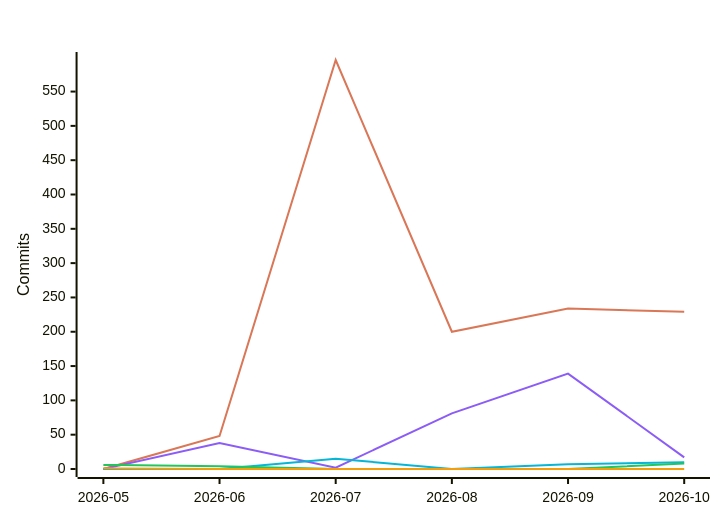
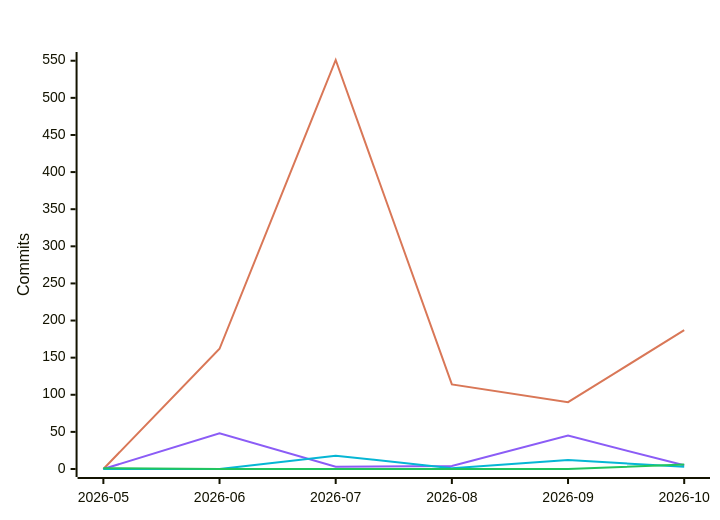
One commit to polo-nyan/polo-nyan changed the fifth of 7 diagrams in README.md. Above: the diagram before and after it, drawn with Mermaid. The commit also changed other lines of this file and 1 other file, not shown here.

````diff
--- a/README.md
+++ b/README.md
@@ -313,12 +312,11 @@
 ```mermaid
 %%{init: {"xyChart": {"titleColor": "#ffffff", "xAxisLabelColor": "#ffffff", "yAxisLabelColor": "#ffffff"}, "themeVariables": {"xyChart": {"titleColor": "#ffffff", "plotColorPalette": "#d97757, #8b5cf6, #06b6d4, #22c55e, #f59e0b, #ec4899"}}}}%%
 xychart-beta
     title "Commits Per Month by Model Family"
     x-axis ["2026-05", "2026-06", "2026-07", "2026-08", "2026-09", "2026-10"]
     y-axis "Commits"
-    line [0, 48, 596, 200, 234, 229]
-    line [0, 38, 2, 81, 139, 17]
-    line [0, 0, 15, 0, 7, 10]
-    line [6, 4, 0, 0, 0, 8]
-    line [1, 0, 0, 0, 0, 0]
+    line [0, 162, 551, 114, 90, 187]
+    line [0, 48, 3, 4, 45, 5]
+    line [0, 0, 18, 1, 12, 3]
+    line [1, 0, 0, 0, 0, 6]
 ```
````
